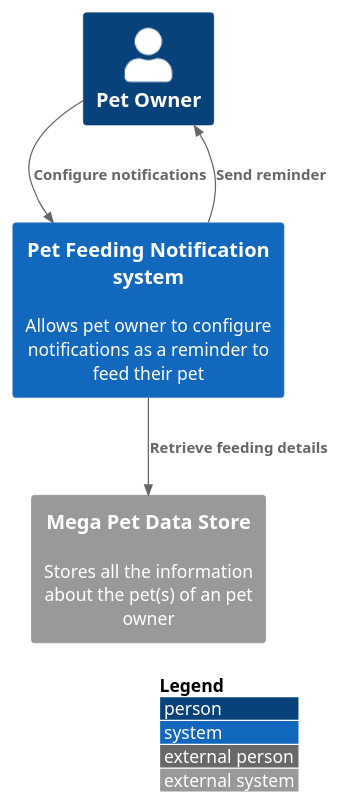
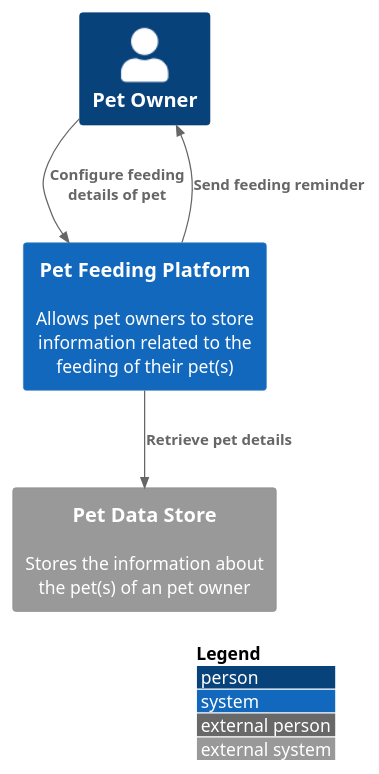
The diagram in diagrams/system-context/system-context.puml (p4k03n4t0r/c4-for-serverless), drawn with PlantUML before and after one commit. The commit also changed 8 other files, not shown here.

```diff
--- a/diagrams/system-context/system-context.puml
+++ b/diagrams/system-context/system-context.puml
@@ -1,16 +1,17 @@
 @startuml system-context
 !include https://raw.githubusercontent.com/plantuml-stdlib/C4-PlantUML/master/C4_Context.puml
 
 LAYOUT_WITH_LEGEND()
 
 ' Entities
 Person(pet_owner, "Pet Owner")
-System(pet_feeding_notification, "Pet Feeding Notification system", "Allows pet owner to configure notifications as a reminder to feed their pet")
-System_Ext(mega_pet_data_store, "Mega Pet Data Store", "Stores all the information about the pet(s) of an pet owner")
+System(pet_feeding_platform, "Pet Feeding Platform", "Allows pet owners to store information related to the feeding of their pet(s)")
+System_Ext(pet_data_store, "Pet Data Store", "Stores the information about the pet(s) of an pet owner")
 
 ' Relations
-Rel(pet_owner, pet_feeding_notification, "Configure notifications")
-Rel(pet_feeding_notification, pet_owner, "Send reminder")
-Rel(pet_feeding_notification, mega_pet_data_store, "Retrieve feeding details")
+Rel(pet_owner, pet_feeding_platform, "Configure feeding details of pet")
+
+Rel(pet_feeding_platform, pet_owner, "Send feeding reminder")
+Rel(pet_feeding_platform, pet_data_store, "Retrieve pet details")
 
 @enduml
```
